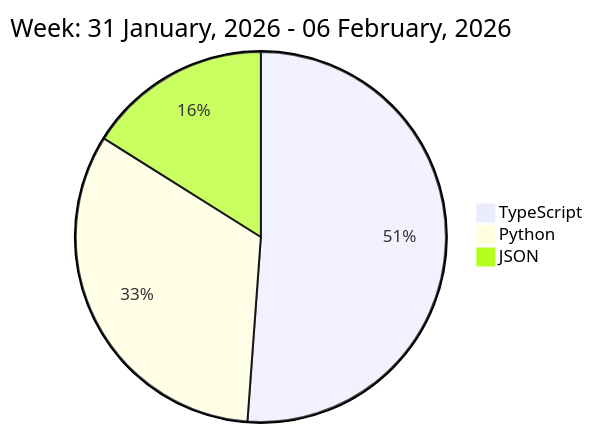
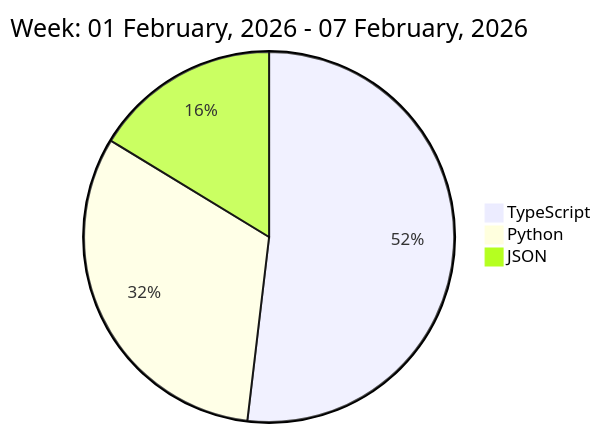
One commit to liubin95/liubin95 changed the diagram in README.md. Above: the diagram before and after it, drawn with Mermaid.

Commit message:
Updated the Graph with new Metrics

````diff
--- a/README.md
+++ b/README.md
@@ -37,7 +37,7 @@
 ```mermaid
  pie
-title Week: 31 January, 2026 - 06 February, 2026
+title Week: 01 February, 2026 - 07 February, 2026
  "TypeScript" : 8.85
- "Python" : 5.67
+ "Python" : 5.43
  "JSON" : 2.78
 ```
````
